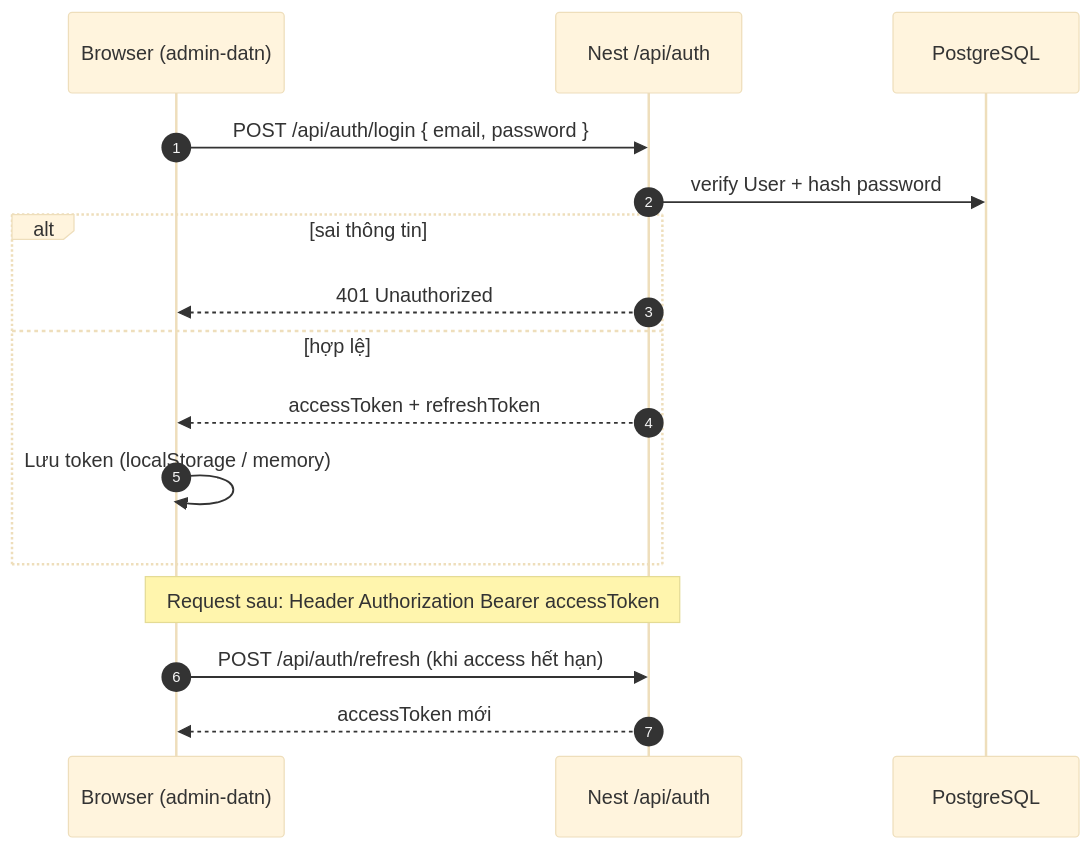
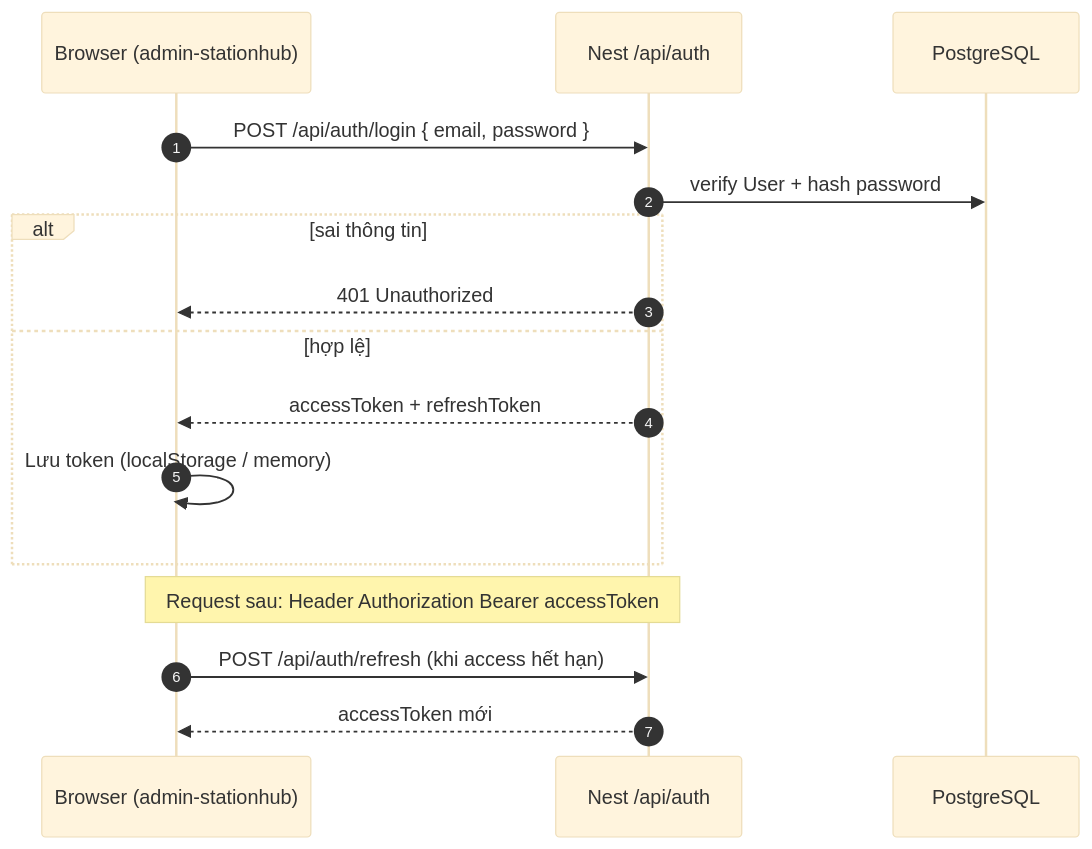
Before and after one commit to Daviseraaa/tdoan_remote_datn: the first of 12 diagrams in docs/project-memory/flows.md, drawn with Mermaid (base theme). The commit also changed other lines of this file and 376 other files, not shown here.

````diff
--- a/docs/project-memory/flows.md
+++ b/docs/project-memory/flows.md
@@ -29,21 +29,21 @@
 ```mermaid
 sequenceDiagram
   autonumber
-  participant B as Browser (admin-datn)
+  participant B as Browser (admin-stationhub)
   participant API as Nest /api/auth
   participant DB as PostgreSQL
 
   B->>API: POST /api/auth/login { email, password }
   API->>DB: verify User + hash password
   alt sai thông tin
     API-->>B: 401 Unauthorized
   else hợp lệ
     API-->>B: accessToken + refreshToken
     B->>B: Lưu token (localStorage / memory)
   end
 
   Note over B,API: Request sau: Header Authorization Bearer accessToken
 
   B->>API: POST /api/auth/refresh (khi access hết hạn)
   API-->>B: accessToken mới
 ```
````
